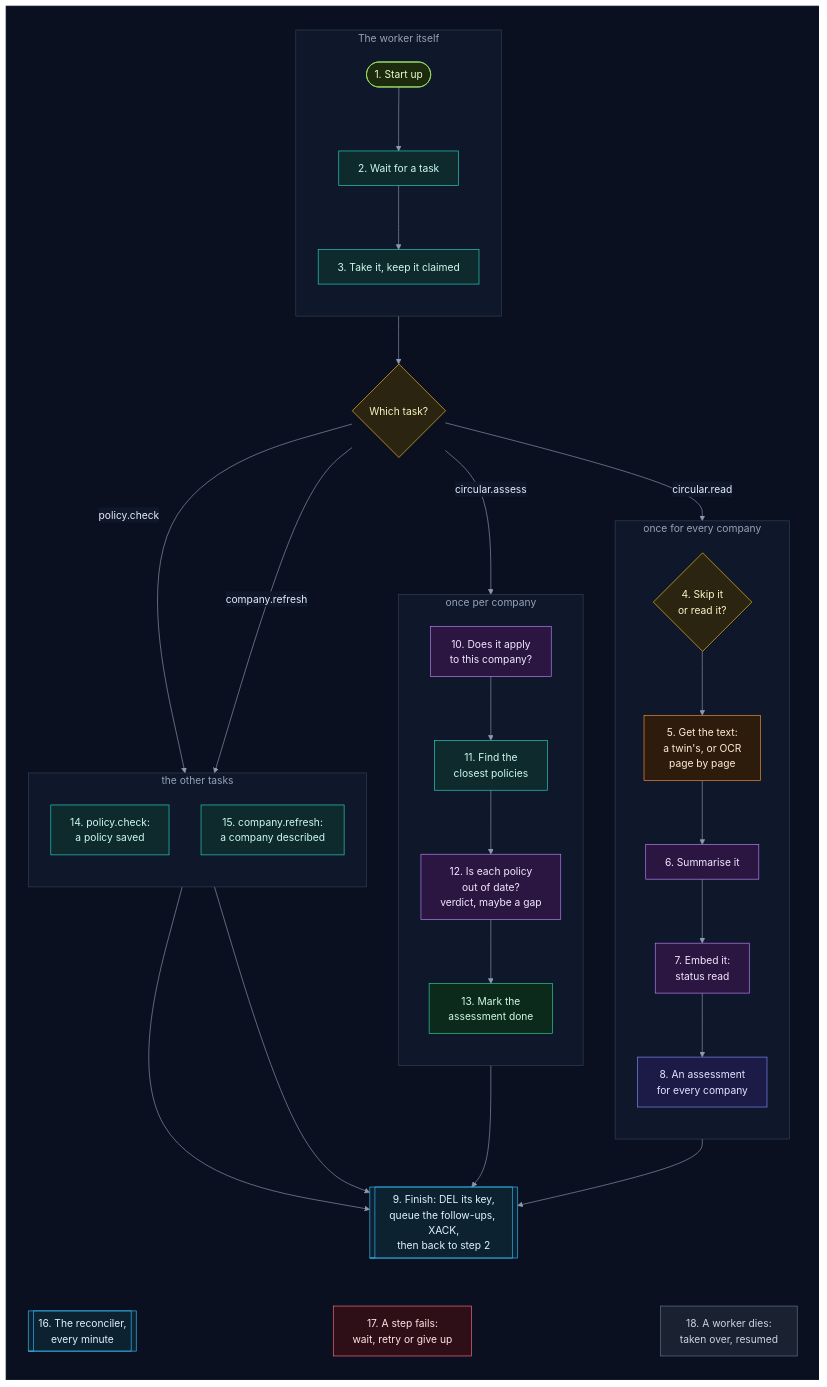
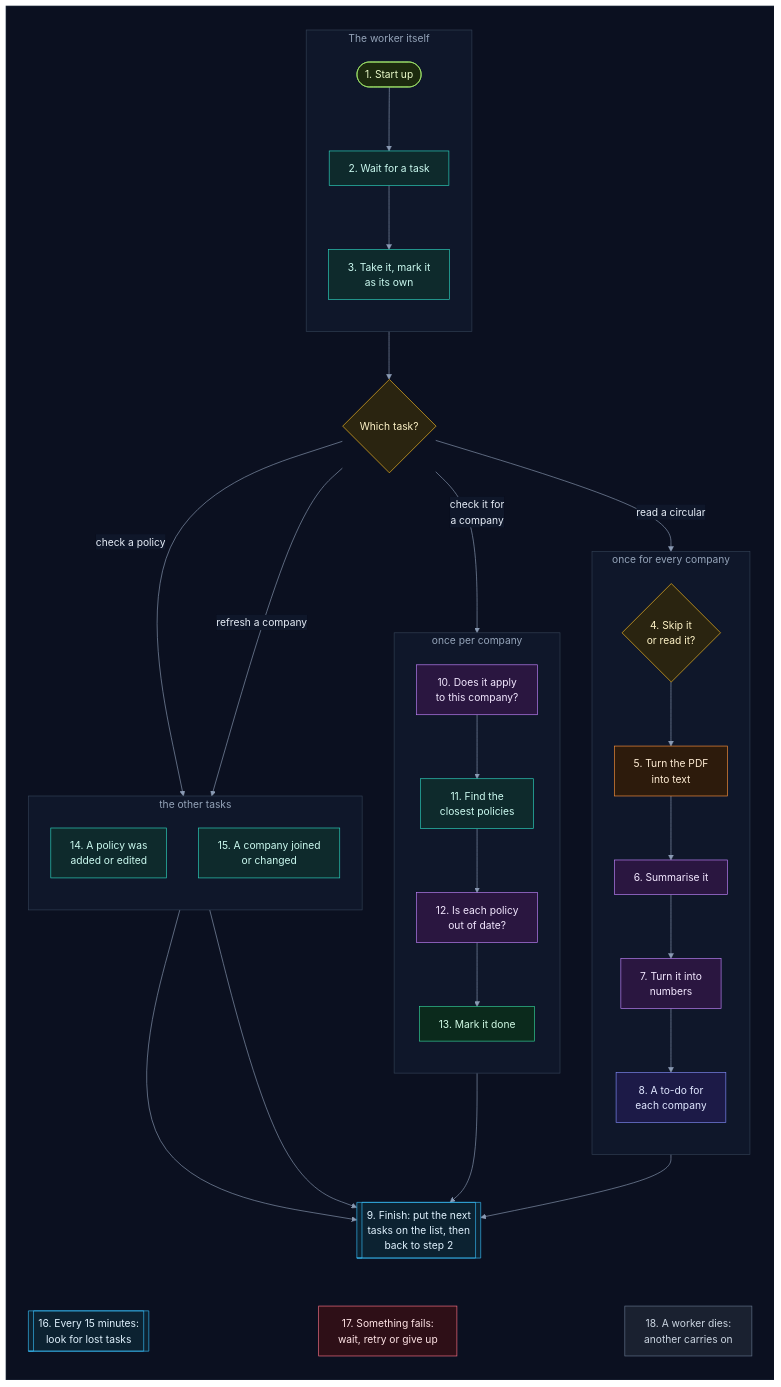
Before and after one commit to selvakumarperumal/Regulatory_Circular_Impact_Agent: the second of 38 diagrams in backend/worker/INTERNALS.md, drawn with Mermaid. The commit also changed other lines of this file, not shown here.

First line of the commit message:
Explain the worker's 18 steps in plain words, with a diagram each

````diff
--- a/backend/worker/INTERNALS.md
+++ b/backend/worker/INTERNALS.md
@@ -117,71 +120,71 @@
 ```mermaid
 %%{init: {"theme": "base", "flowchart": {"diagramPadding": 0}, "themeVariables": {"darkMode": true, "primaryColor": "#16213a", "primaryTextColor": "#e6edf7", "primaryBorderColor": "#475a7a", "lineColor": "#8b9bb4", "secondaryColor": "#1b2436", "tertiaryColor": "#101a2e", "edgeLabelBackground": "#0f172a", "textColor": "#e2e8f0", "clusterBkg": "#0f1728", "clusterBorder": "#2b3a55", "titleColor": "#c4b5fd", "nodeTextColor": "#e6edf7"}}}%%
 flowchart TD
     subgraph canvas[" "]
         direction TB
         subgraph loop["The worker itself"]
             direction TB
             s1(["1. Start up"]) --> s2["2. Wait for a task"]
-            s2 --> s3["3. Take it, keep it claimed"]
+            s2 --> s3["3. Take it, mark it<br/>as its own"]
         end
         s3 --> kind{"Which task?"}
         subgraph read["once for every company"]
             direction TB
-            s4{"4. Skip it<br/>or read it?"} --> s5["5. Get the text:<br/>a twin's, or OCR<br/>page by page"]
+            s4{"4. Skip it<br/>or read it?"} --> s5["5. Turn the PDF<br/>into text"]
             s5 --> s6["6. Summarise it"]
-            s6 --> s7["7. Embed it:<br/>status read"]
-            s7 --> s8["8. An assessment<br/>for every company"]
+            s6 --> s7["7. Turn it into<br/>numbers"]
+            s7 --> s8["8. A to-do for<br/>each company"]
         end
         subgraph judge["once per company"]
             direction TB
             s10["10. Does it apply<br/>to this company?"] --> s11["11. Find the<br/>closest policies"]
-            s11 --> s12["12. Is each policy<br/>out of date?<br/>verdict, maybe a gap"]
-            s12 --> s13["13. Mark the<br/>assessment done"]
+            s11 --> s12["12. Is each policy<br/>out of date?"]
+            s12 --> s13["13. Mark it done"]
         end
         subgraph other["the other tasks"]
             direction TB
-            s14["14. policy.check:<br/>a policy saved"]
-            s15["15. company.refresh:<br/>a company described"]
+            s14["14. A policy was<br/>added or edited"]
+            s15["15. A company joined<br/>or changed"]
         end
-        kind -->|"circular.read"| s4
-        kind -->|"circular.assess"| s10
-        kind -->|"policy.check"| s14
-        kind -->|"company.refresh"| s15
+        kind -->|"read a circular"| s4
+        kind -->|"check it for<br/>a company"| s10
+        kind -->|"check a policy"| s14
+        kind -->|"refresh a company"| s15
         s8 --> s9
         s13 --> s9
         s14 --> s9
         s15 --> s9
-        s9[["9. Finish: DEL its key,<br/>queue the follow-ups, XACK,<br/>then back to step 2"]]
-        s16[["16. The reconciler,<br/>every minute"]]
-        s17["17. A step fails:<br/>wait, retry or give up"]
-        s18["18. A worker dies:<br/>taken over, resumed"]
+        s9[["9. Finish: put the next<br/>tasks on the list, then<br/>back to step 2"]]
+        s16[["16. Every 15 minutes:<br/>look for lost tasks"]]
+        s17["17. Something fails:<br/>wait, retry or give up"]
+        s18["18. A worker dies:<br/>another carries on"]
         s9 ~~~ s16
         s9 ~~~ s17
         s9 ~~~ s18
     end
     classDef svc fill:#0e2a2c,stroke:#2dd4bf,color:#ccfbf1
     classDef data fill:#1c1a47,stroke:#818cf8,color:#e0e7ff
     classDef ext fill:#2a1640,stroke:#c084fc,color:#f3e8ff
     classDef gpu fill:#2d1b0c,stroke:#fb923c,color:#ffedd5
     classDef ask fill:#2a2410,stroke:#fbbf24,color:#fef3c7
     classDef ok fill:#0b2a1c,stroke:#34d399,color:#d1fae5
     classDef bad fill:#2e0f17,stroke:#fb7185,color:#ffe4e6
     classDef start fill:#1c2a0e,stroke:#a7ef6f,color:#ecfccb
     classDef muted fill:#1a2130,stroke:#64748b,color:#cbd5e1
     classDef queue fill:#0c2231,stroke:#38bdf8,color:#e0f2fe
     class s1 start
     class s2,s3,s11,s14,s15 svc
     class kind,s4 ask
     class s5 gpu
     class s6,s7,s10,s12 ext
     class s8 data
     class s13 ok
     class s9,s16 queue
     class s17 bad
     class s18 muted
     style loop fill:#0f172a,stroke:#334155,color:#94a3b8
     style read fill:#0f172a,stroke:#334155,color:#94a3b8
     style judge fill:#0f172a,stroke:#334155,color:#94a3b8
     style other fill:#0f172a,stroke:#334155,color:#94a3b8
     style canvas fill:#0b1020,stroke:#1e293b,color:#0b1020
 ```
````
